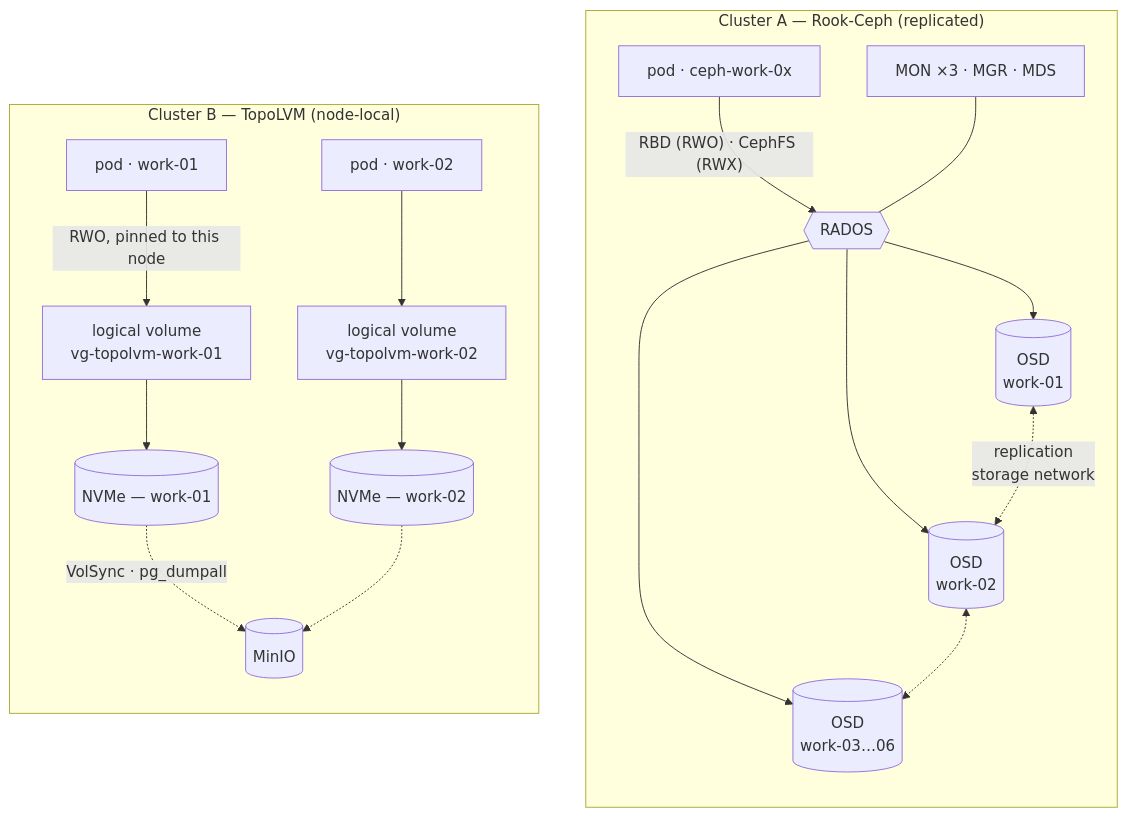
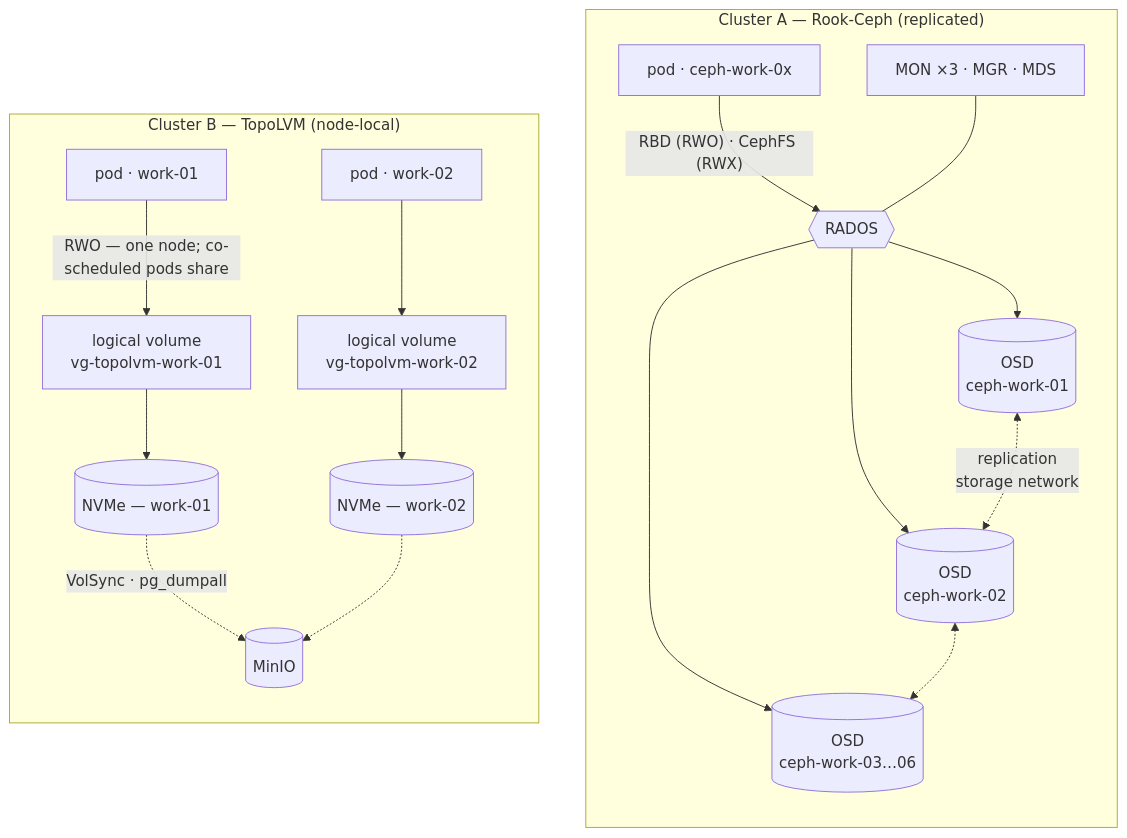
One commit to KiranManeDevOps/bare-metal-kubernetes changed the second of 2 diagrams in README.md. Above: the diagram before and after it, drawn with Mermaid. The commit also changed other lines of this file and 5 other files, not shown here.

Commit message:
Correct RWO semantics: one node, not one pod; align Cluster A node labels

````diff
--- a/README.md
+++ b/README.md
@@ -51,23 +51,23 @@
 ```mermaid
 flowchart TB
   subgraph A["Cluster A — Rook-Ceph (replicated)"]
     direction TB
     PA["pod · ceph-work-0x"] -->|"RBD (RWO) · CephFS (RWX)"| RA{{"RADOS"}}
-    RA --> O1[("OSD<br/>work-01")]
-    RA --> O2[("OSD<br/>work-02")]
-    RA --> O3[("OSD<br/>work-03…06")]
+    RA --> O1[("OSD<br/>ceph-work-01")]
+    RA --> O2[("OSD<br/>ceph-work-02")]
+    RA --> O3[("OSD<br/>ceph-work-03…06")]
     O1 <-.->|"replication<br/>storage network"| O2
     O2 <-.->|" "| O3
     MN["MON ×3 · MGR · MDS"] --- RA
   end
 
   subgraph B["Cluster B — TopoLVM (node-local)"]
     direction TB
-    PB["pod · work-01"] -->|"RWO, pinned to this node"| LV["logical volume<br/>vg-topolvm-work-01"]
+    PB["pod · work-01"] -->|"RWO — one node; co-scheduled pods share"| LV["logical volume<br/>vg-topolvm-work-01"]
     LV --> NV[("NVMe — work-01")]
     PB2["pod · work-02"] --> LV2["logical volume<br/>vg-topolvm-work-02"]
     LV2 --> NV2[("NVMe — work-02")]
     NV -.->|"VolSync · pg_dumpall"| S3[("MinIO")]
     NV2 -.->|" "| S3
   end
 ```
````
